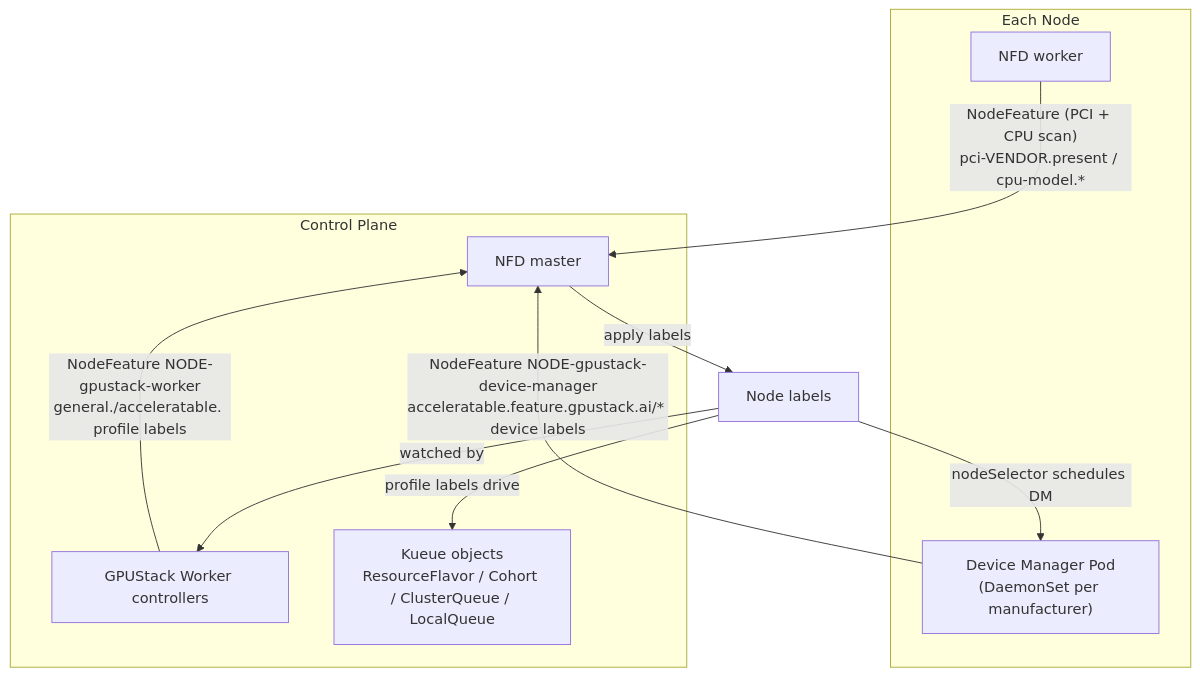
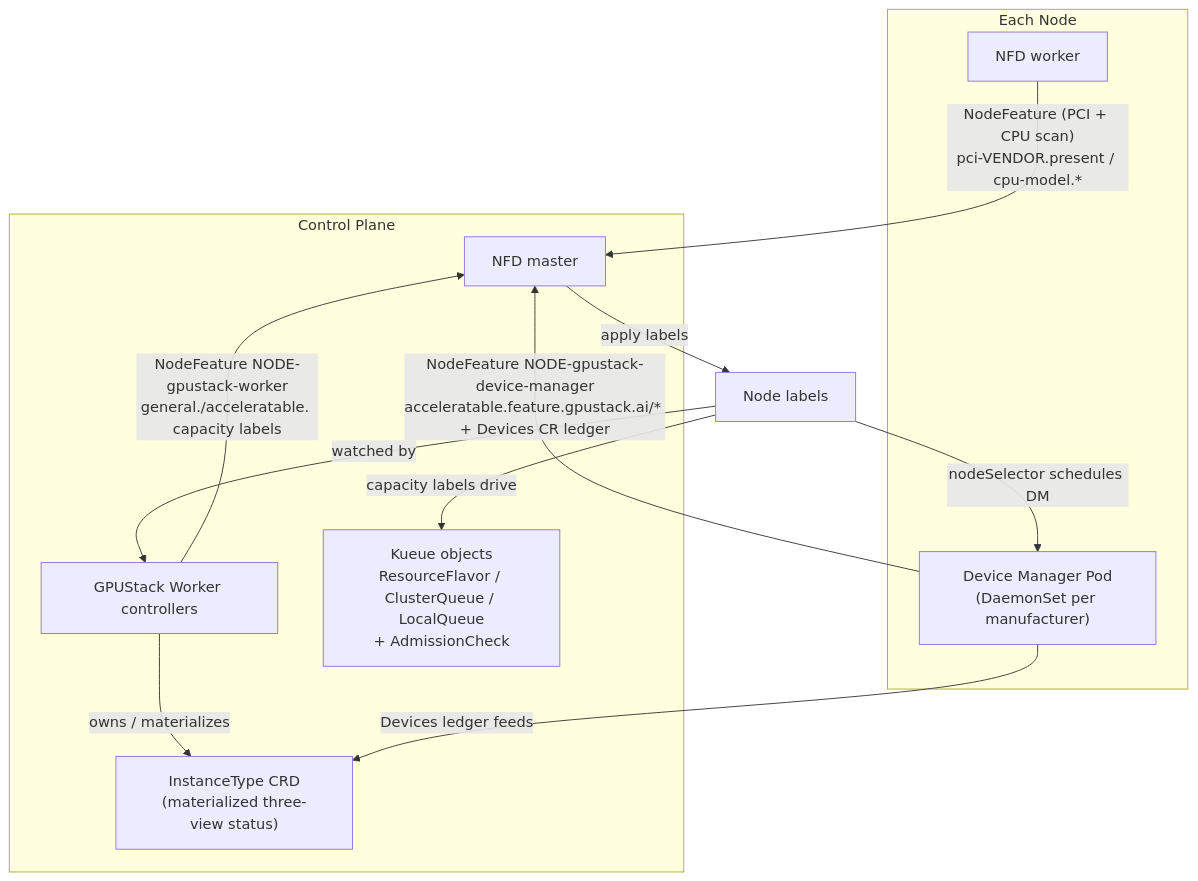
Before and after one commit to gpustack/gpustack-operator: the first of 2 diagrams in docs/architecture.md, drawn with Mermaid. The commit also changed other lines of this file and 6 other files, not shown here.

````diff
--- a/docs/architecture.md
+++ b/docs/architecture.md
@@ -57,21 +57,24 @@
 ```mermaid
 flowchart TD
     subgraph node["Each Node"]
         NFDW["NFD worker"]
         DM["Device Manager Pod<br/>(DaemonSet per manufacturer)"]
     end
 
     subgraph control["Control Plane"]
         NFDM["NFD master"]
         WK["GPUStack Worker controllers"]
-        KUEUE["Kueue objects<br/>ResourceFlavor / Cohort / ClusterQueue / LocalQueue"]
+        KUEUE["Kueue objects<br/>ResourceFlavor / ClusterQueue / LocalQueue<br/>+ AdmissionCheck"]
+        IT["InstanceType CRD<br/>(materialized three-view status)"]
     end
 
     NFDW -- "NodeFeature (PCI + CPU scan)<br/>pci-VENDOR.present / cpu-model.*" --> NFDM
     NFDM -- "apply labels" --> NODE["Node labels"]
     NODE -- "nodeSelector schedules DM" --> DM
-    DM -- "NodeFeature NODE-gpustack-device-manager<br/>acceleratable.feature.gpustack.ai/* device labels" --> NFDM
+    DM -- "NodeFeature NODE-gpustack-device-manager<br/>acceleratable.feature.gpustack.ai/* + Devices CR ledger" --> NFDM
     NODE -- "watched by" --> WK
-    WK -- "NodeFeature NODE-gpustack-worker<br/>general./acceleratable. profile labels" --> NFDM
-    NODE -- "profile labels drive" --> KUEUE
+    WK -- "NodeFeature NODE-gpustack-worker<br/>general./acceleratable. capacity labels" --> NFDM
+    NODE -- "capacity labels drive" --> KUEUE
+    WK -- "owns / materializes" --> IT
+    DM -- "Devices ledger feeds" --> IT
 ```
````
